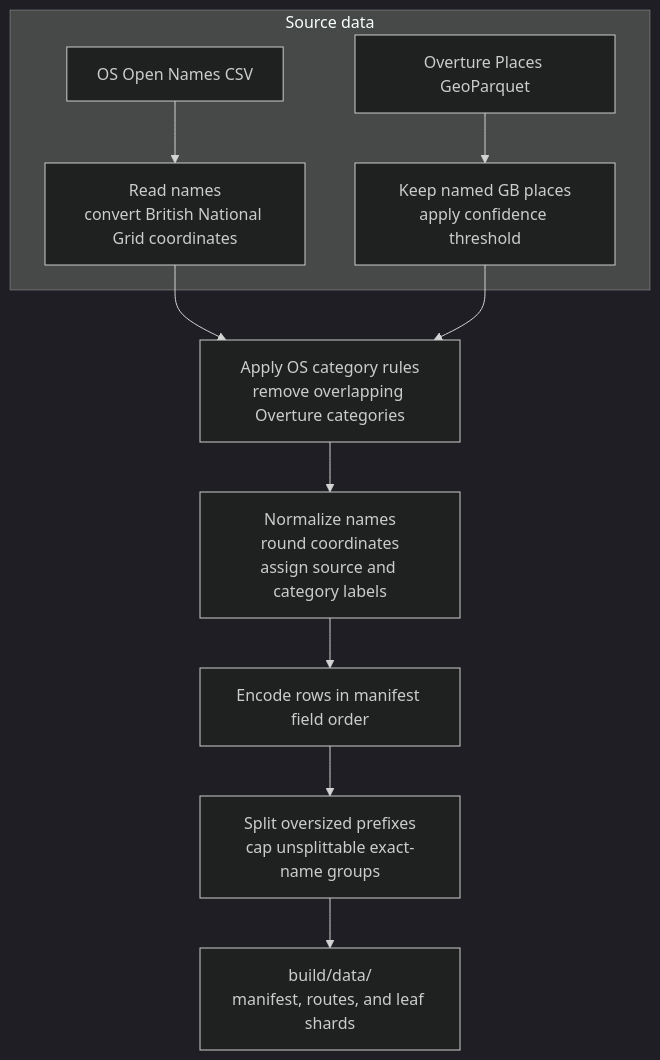
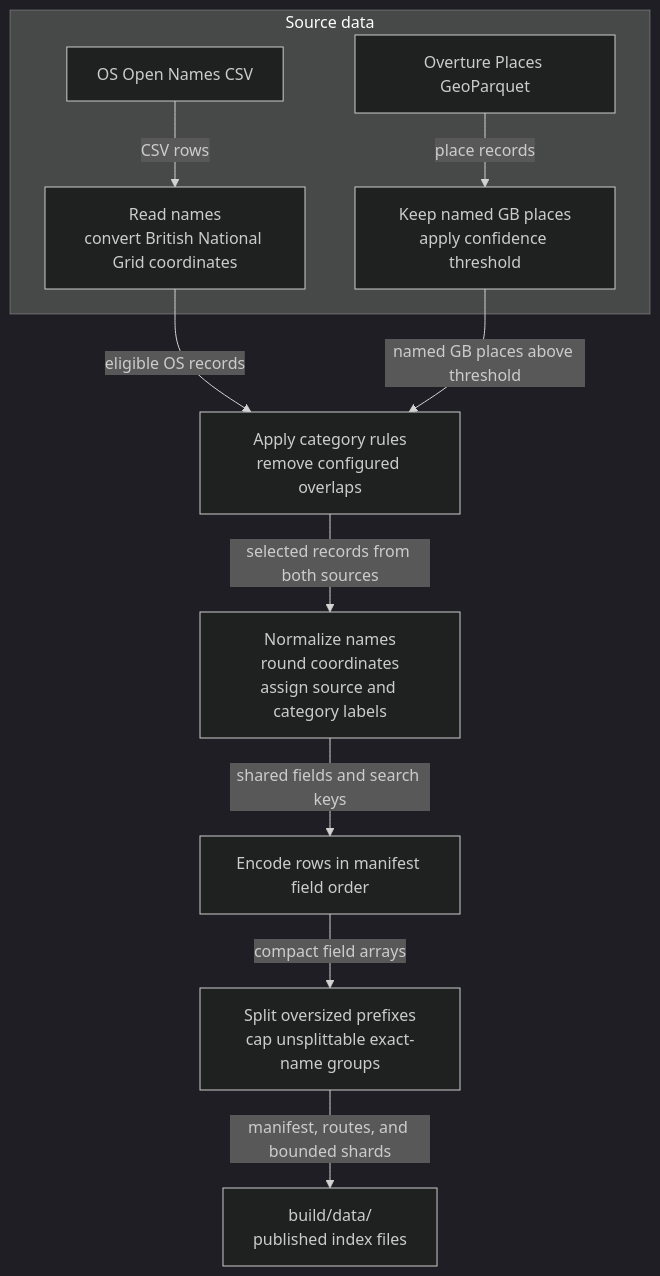
The diagram in docs/data-builders.md (Geovation/gb-name-index), drawn with Mermaid (dark theme) before and after one commit. The commit also changed other lines of this file and 12 other files, not shown here.

Commit message:
feat: adding styling for mermaid

````diff
--- a/docs/data-builders.md
+++ b/docs/data-builders.md
@@ -20,14 +20,14 @@
 ```mermaid
 %% caption: Both datasets pass through source-specific filters before becoming compact, routed JSON files.
 flowchart TD
   subgraph Sources[Source data]
-    OS["OS Open Names CSV"] --> OSRead["Read names<br/>convert British National Grid coordinates"]
-    Overture["Overture Places GeoParquet"] --> OvertureRead["Keep named GB places<br/>apply confidence threshold"]
+    OS["OS Open Names CSV"] -->|CSV rows| OSRead["Read names<br/>convert British National Grid coordinates"]
+    Overture["Overture Places GeoParquet"] -->|place records| OvertureRead["Keep named GB places<br/>apply confidence threshold"]
   end
-  OSRead --> Select["Apply OS category rules<br/>remove overlapping Overture categories"]
-  OvertureRead --> Select
-  Select --> Normalize["Normalize names<br/>round coordinates<br/>assign source and category labels"]
-  Normalize --> Encode["Encode rows in manifest field order"]
-  Encode --> Shard["Split oversized prefixes<br/>cap unsplittable exact-name groups"]
-  Shard --> Output["build/data/<br/>manifest, routes, and leaf shards"]
+  OSRead -->|eligible OS records| Select["Apply category rules<br/>remove configured overlaps"]
+  OvertureRead -->|named GB places above threshold| Select
+  Select -->|selected records from both sources| Normalize["Normalize names<br/>round coordinates<br/>assign source and category labels"]
+  Normalize -->|shared fields and search keys| Encode["Encode rows in manifest field order"]
+  Encode -->|compact field arrays| Shard["Split oversized prefixes<br/>cap unsplittable exact-name groups"]
+  Shard -->|manifest, routes, and bounded shards| Output["build/data/<br/>published index files"]
 ```
````
